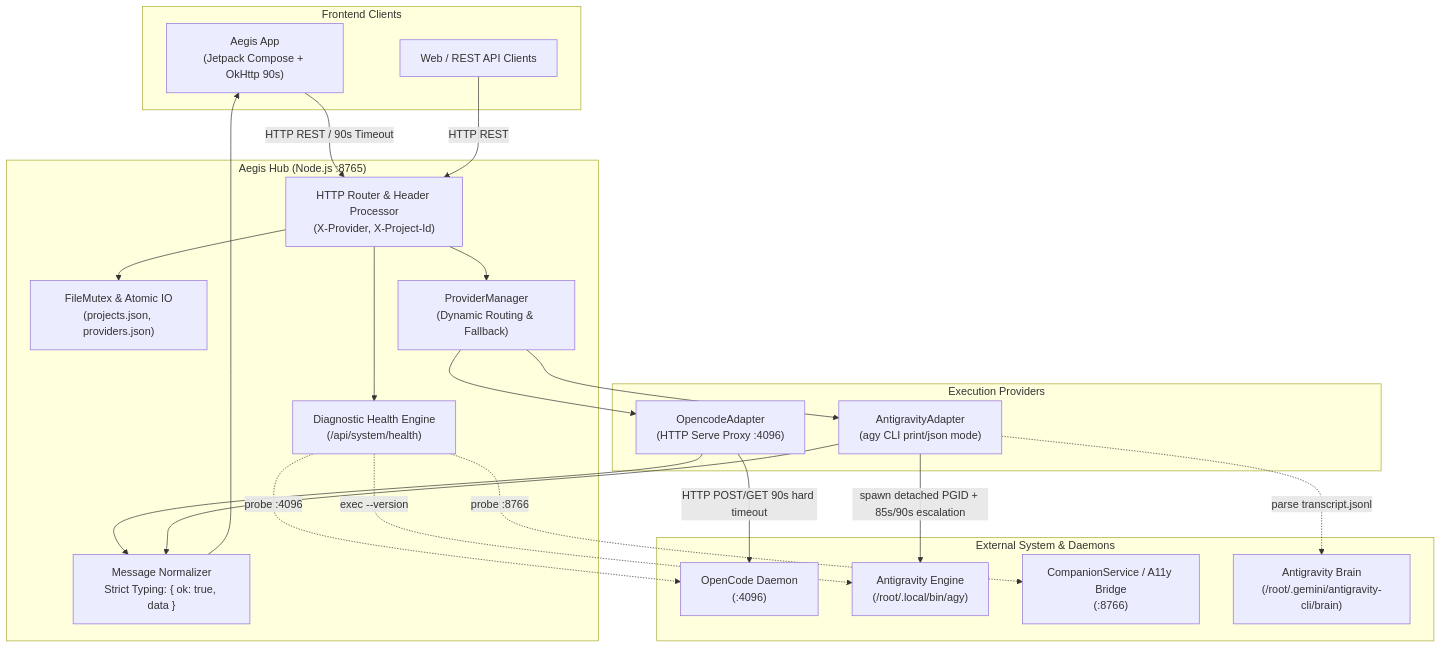
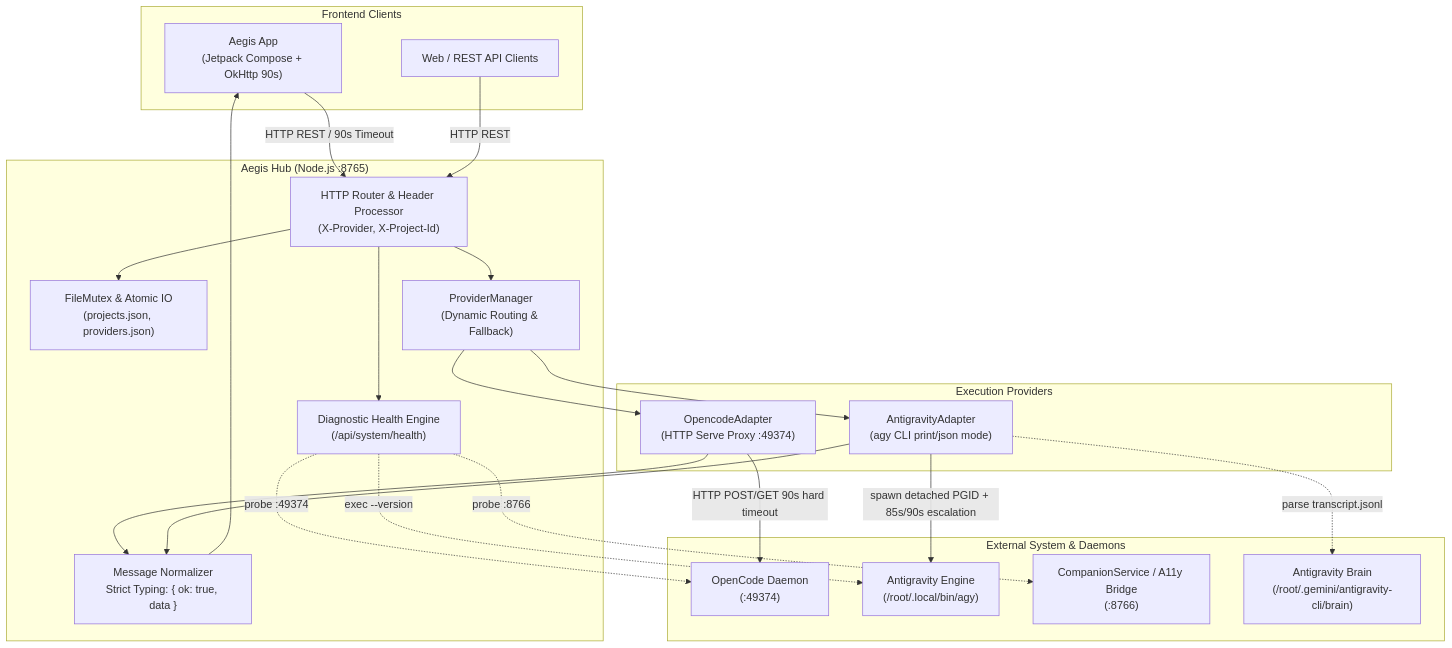
One commit to fakekun420-ui/aegis changed the diagram in backend/docs/BACKEND_ARCHITECTURE.md. Above: the diagram before and after it, drawn with Mermaid. The commit also changed other lines of this file and 22 other files, not shown here.

````diff
--- a/backend/docs/BACKEND_ARCHITECTURE.md
+++ b/backend/docs/BACKEND_ARCHITECTURE.md
@@ -16,48 +23,48 @@
 ```mermaid
 flowchart TD
     subgraph Frontend["Frontend Clients"]
         App["Aegis App<br/>(Jetpack Compose + OkHttp 90s)"]
         Web["Web / REST API Clients"]
     end
 
     subgraph Hub["Aegis Hub (Node.js :8765)"]
         Router["HTTP Router & Header Processor<br/>(X-Provider, X-Project-Id)"]
         Mutex["FileMutex & Atomic IO<br/>(projects.json, providers.json)"]
         Normalizer["Message Normalizer<br/>Strict Typing: { ok: true, data }"]
         ProvMgr["ProviderManager<br/>(Dynamic Routing & Fallback)"]
         Health["Diagnostic Health Engine<br/>(/api/system/health)"]
     end
 
     subgraph Providers["Execution Providers"]
-        OCAdapter["OpencodeAdapter<br/>(HTTP Serve Proxy :4096)"]
+        OCAdapter["OpencodeAdapter<br/>(HTTP Serve Proxy :49374)"]
         AGYAdapter["AntigravityAdapter<br/>(agy CLI print/json mode)"]
     end
 
     subgraph External["External System & Daemons"]
-        OCDaemon["OpenCode Daemon<br/>(:4096)"]
+        OCDaemon["OpenCode Daemon<br/>(:49374)"]
         AGYBinary["Antigravity Engine<br/>(/root/.local/bin/agy)"]
         A11y["CompanionService / A11y Bridge<br/>(:8766)"]
         Brain["Antigravity Brain<br/>(/root/.gemini/antigravity-cli/brain)"]
     end
 
     App -->|HTTP REST / 90s Timeout| Router
     Web -->|HTTP REST| Router
     Router --> Mutex
     Router --> ProvMgr
     Router --> Health
 
     ProvMgr --> OCAdapter
     ProvMgr --> AGYAdapter
 
     OCAdapter -->|HTTP POST/GET 90s hard timeout| OCDaemon
     AGYAdapter -->|spawn detached PGID + 85s/90s escalation| AGYBinary
     AGYAdapter -.->|parse transcript.jsonl| Brain
 
     Health -.->|probe :8766| A11y
-    Health -.->|probe :4096| OCDaemon
+    Health -.->|probe :49374| OCDaemon
     Health -.->|exec --version| AGYBinary
 
     OCAdapter --> Normalizer
     AGYAdapter --> Normalizer
     Normalizer --> App
 ```
````
